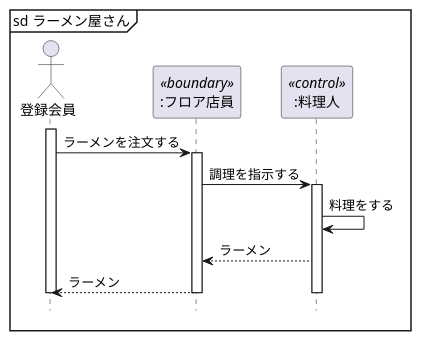
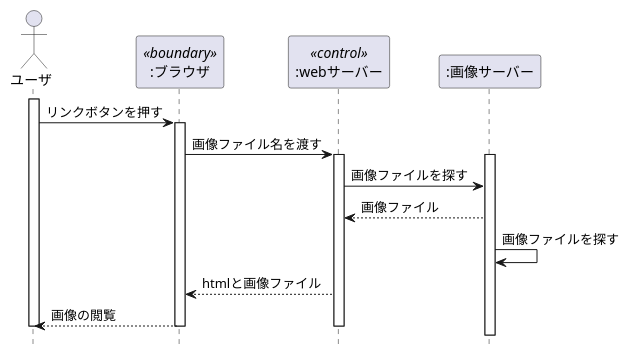
The diagram in 演習４－６_SD_Web画像検索.pu (Charo249/uml_introduction), drawn with PlantUML before and after one commit.

```diff
--- a/演習４－６_SD_Web画像検索.pu
+++ b/演習４－６_SD_Web画像検索.pu
@@ -1,31 +1,34 @@
 @startuml
 hide footbox
-Actor 登録会員 as member
-participant ":フロア店員" as boundary <<boundary>>
-participant ":料理人" as control <<control>>
+Actor ユーザ as member
+participant ":ブラウザ" as boundary <<boundary>>
+participant ":webサーバー" as control <<control>>
+participant ":画像サーバー" as server
 
 
-mainframe sd ラーメン屋さん 
 activate member
-member -> boundary : ラーメンを注文する
+member -> boundary :リンクボタンを押す
 activate  boundary
-    boundary -> control : 調理を指示する
+    boundary -> control : 画像ファイル名を渡す
     activate control
     
-    control -> control: 料理をする
-    
-    boundary <-- control : ラーメン 
+    activate server
+    control -> server: 画像ファイルを探す
+    server --> control : 画像ファイル
+    server -> server : 画像ファイルを探す
+
+    boundary <-- control : htmlと画像ファイル 
         
-    member <-- boundary :ラーメン 
+    member <-- boundary :画像の閲覧
         
 deactivate member       
 deactivate boundary
 deactivate control
     
 
 ' control -> entity : <<create>>\n1.1.1生成():
 ' control -> entity : 1.1.2会員情報取得():<<create>>
 ' control <- entity : 登録会員情報
 
 
 @enduml
```
